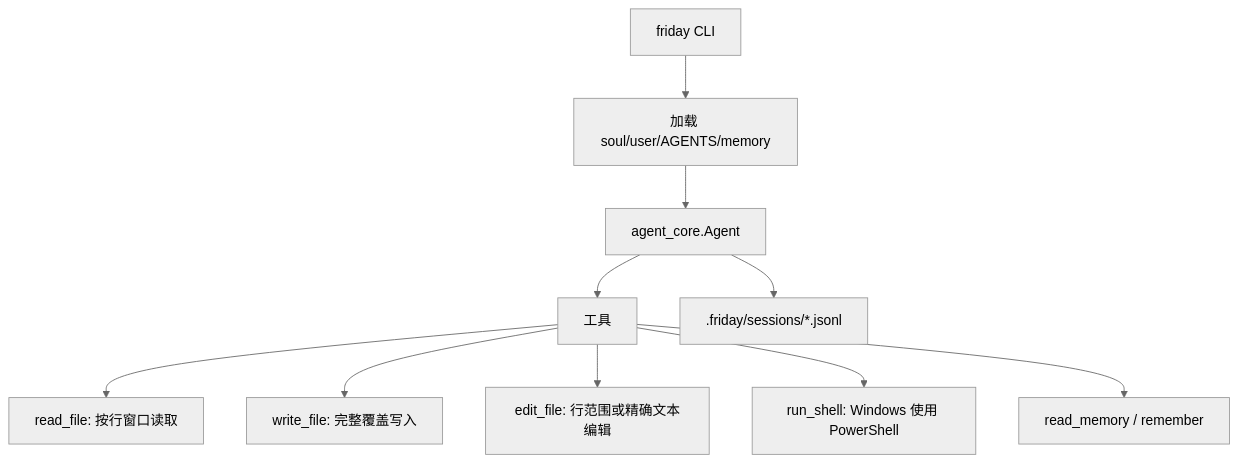
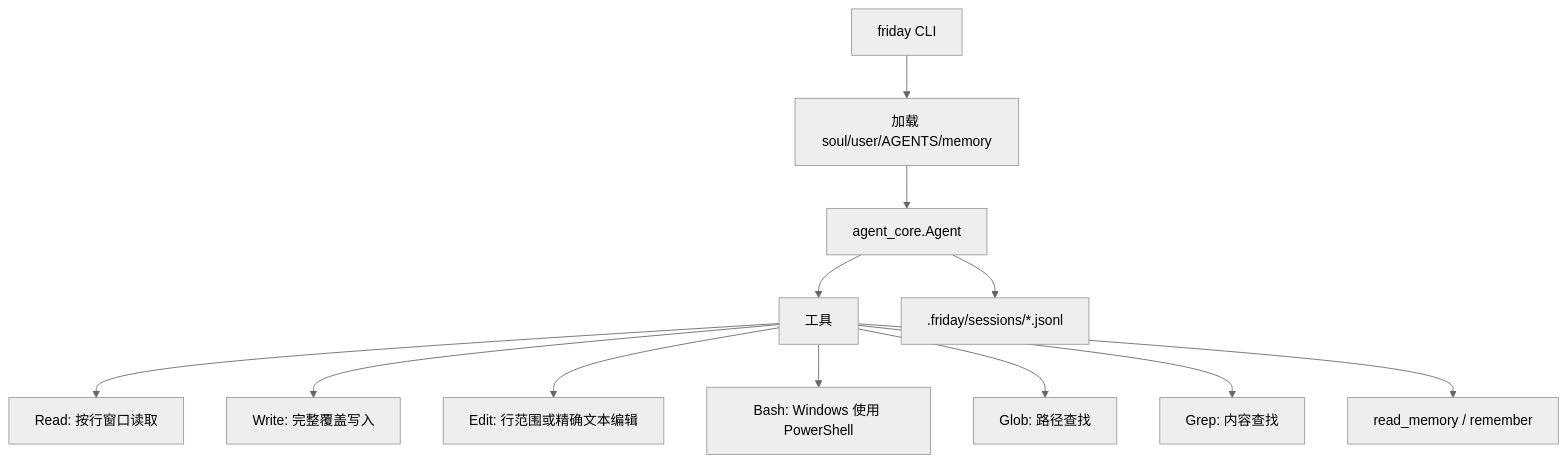
One commit to Lancetwang/friday changed the diagram in README.zh-CN.md. Above: the diagram before and after it, drawn with Mermaid (neutral theme). The commit also changed other lines of this file and 5 other files, not shown here.

````diff
--- a/README.zh-CN.md
+++ b/README.zh-CN.md
@@ -11,12 +11,14 @@
 ```mermaid
 flowchart TD
     CLI["friday CLI"] --> Loader["加载 soul/user/AGENTS/memory"]
     Loader --> Agent["agent_core.Agent"]
     Agent --> Tools["工具"]
-    Tools --> Read["read_file: 按行窗口读取"]
-    Tools --> Write["write_file: 完整覆盖写入"]
-    Tools --> Edit["edit_file: 行范围或精确文本编辑"]
-    Tools --> Shell["run_shell: Windows 使用 PowerShell"]
+    Tools --> Read["Read: 按行窗口读取"]
+    Tools --> Write["Write: 完整覆盖写入"]
+    Tools --> Edit["Edit: 行范围或精确文本编辑"]
+    Tools --> Shell["Bash: Windows 使用 PowerShell"]
+    Tools --> Glob["Glob: 路径查找"]
+    Tools --> Grep["Grep: 内容查找"]
     Tools --> Memory["read_memory / remember"]
     Agent --> Session[".friday/sessions/*.jsonl"]
 ```
````
